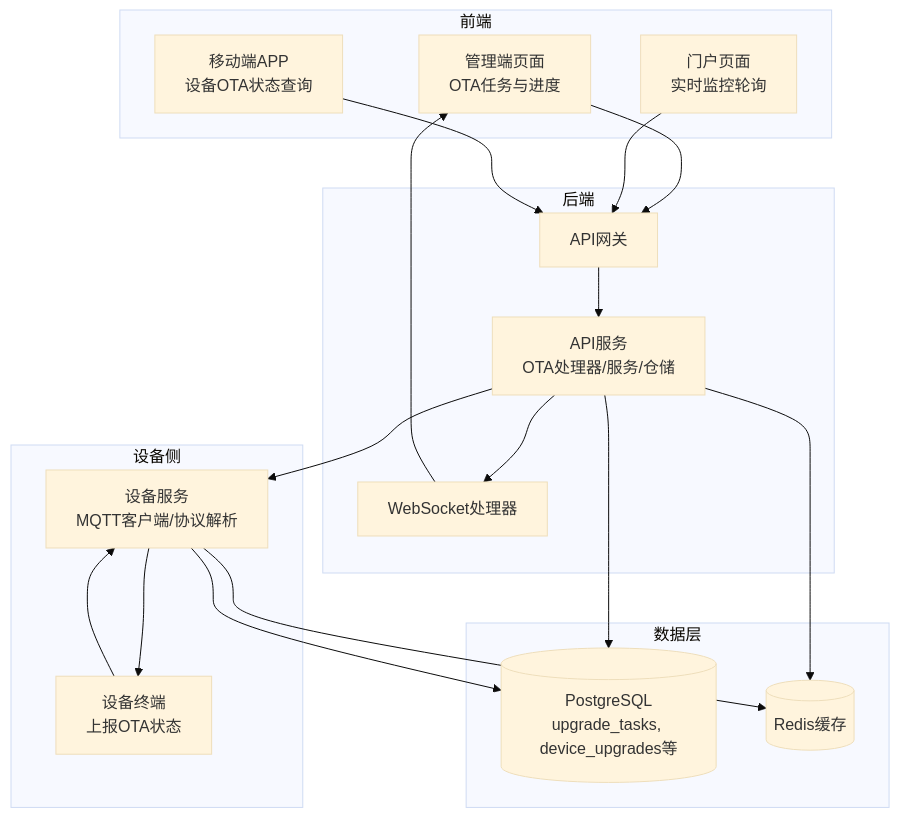
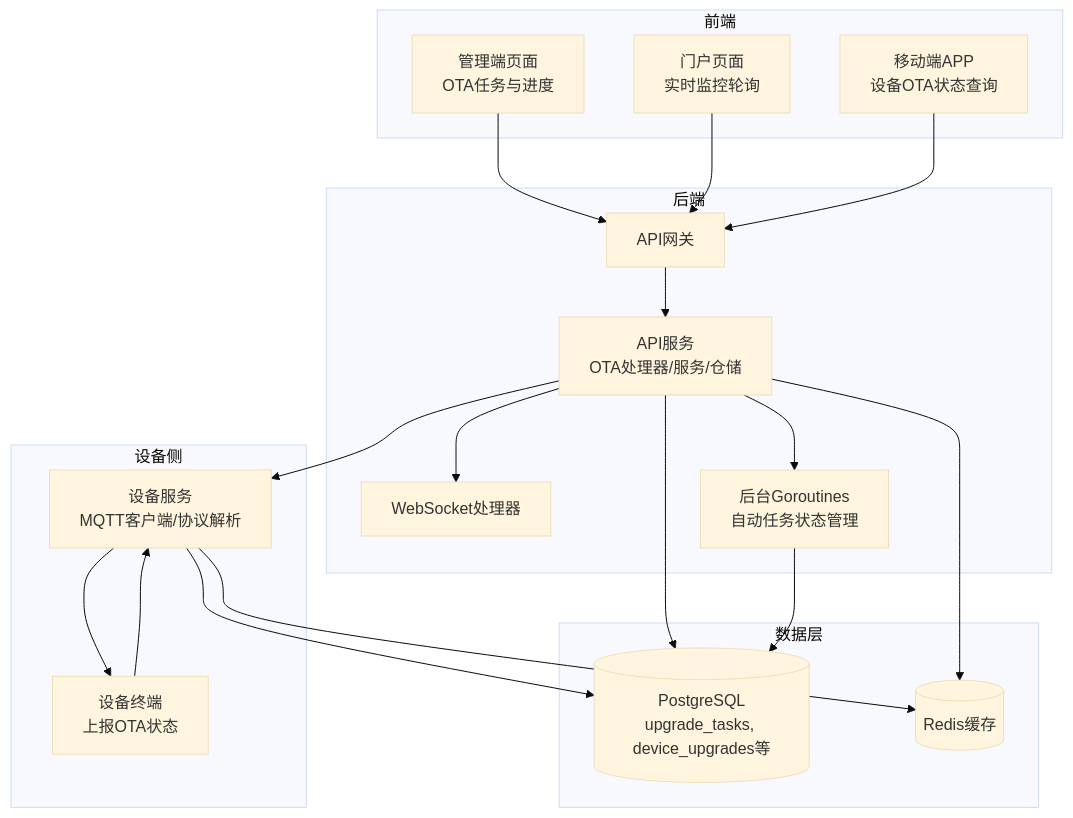
The first of 11 diagrams in .qoder/repowiki/zh/content/OTA升级系统/OTA任务调度/OTA进度跟踪.md (mcmrzy/cs_inv_monitor-develop), drawn with Mermaid (base theme) before and after one commit. The commit also changed other lines of this file and 28 other files, not shown here.

````diff
--- a/.qoder/repowiki/zh/content/OTA升级系统/OTA任务调度/OTA进度跟踪.md
+++ b/.qoder/repowiki/zh/content/OTA升级系统/OTA任务调度/OTA进度跟踪.md
@@ -63,34 +63,36 @@
 ```mermaid
 graph TB
 subgraph "前端"
 FE_Admin["管理端页面<br/>OTA任务与进度"]
 FE_Portal["门户页面<br/>实时监控轮询"]
 MobileApp["移动端APP<br/>设备OTA状态查询"]
 end
 subgraph "后端"
 GW["API网关"]
 API_Server["API服务<br/>OTA处理器/服务/仓储"]
 WS["WebSocket处理器"]
+BG_Goroutines["后台Goroutines<br/>自动任务状态管理"]
 end
 subgraph "设备侧"
 Dev_Server["设备服务<br/>MQTT客户端/协议解析"]
 Device["设备终端<br/>上报OTA状态"]
 end
 subgraph "数据层"
 PG[(PostgreSQL<br/>upgrade_tasks, device_upgrades等)]
 Redis[(Redis缓存)]
 end
 FE_Admin --> GW
 FE_Portal --> GW
 MobileApp --> GW
 GW --> API_Server
 API_Server --> PG
 API_Server --> Redis
 API_Server --> WS
-WS --> FE_Admin
+API_Server --> BG_Goroutines
+BG_Goroutines --> PG
 API_Server --> Dev_Server
 Dev_Server --> Device
 Device --> Dev_Server
 Dev_Server --> PG
 Dev_Server --> Redis
 ```
````
